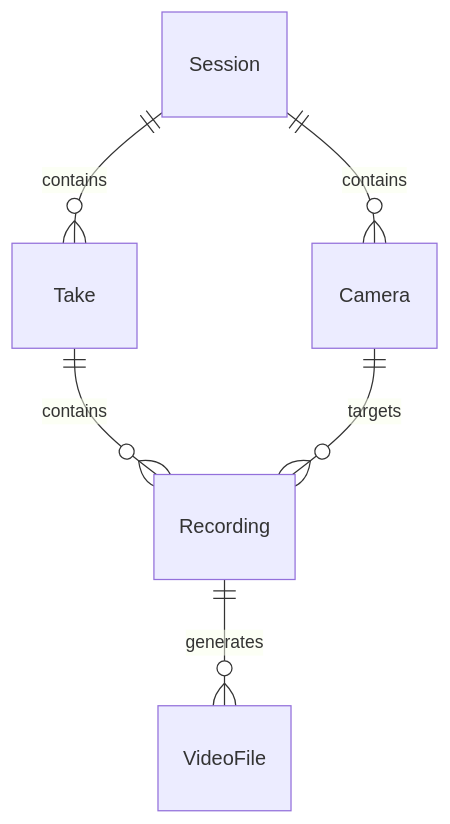
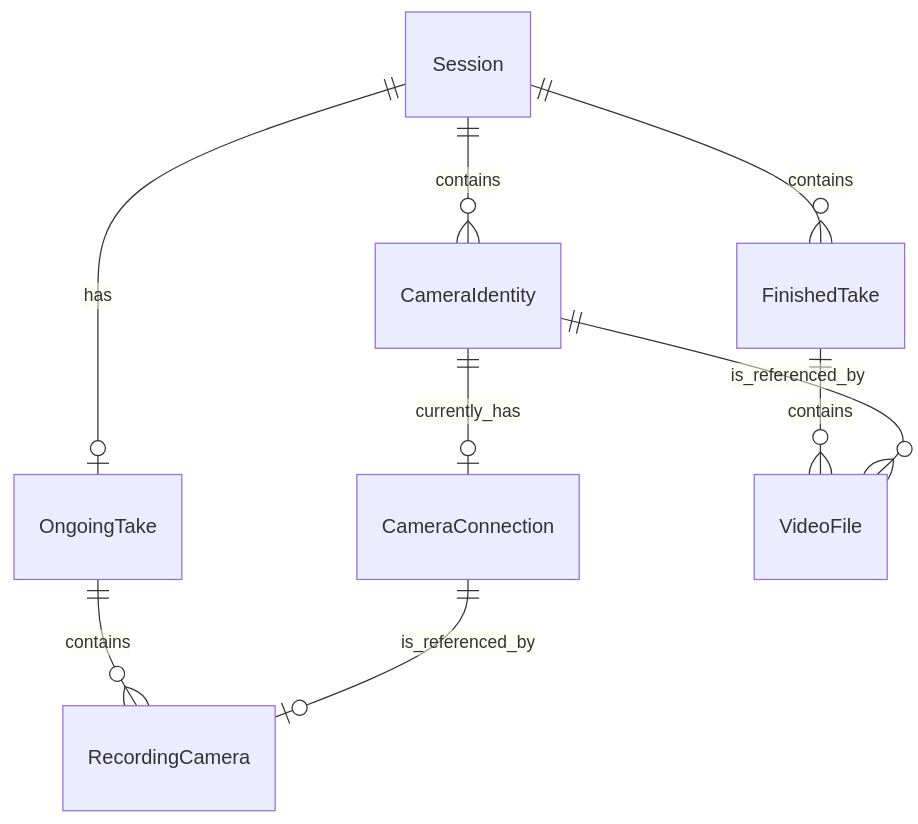
Before and after one commit to traP-jp/kinugasa-recording: the first of 3 diagrams in docs/requirements-v2/14-specified-requirements/05-logical-database-requirements/logical-database-requirements.md, drawn with Mermaid. The commit also changed other lines of this file, not shown here.

````diff
--- a/docs/requirements-v2/14-specified-requirements/05-logical-database-requirements/logical-database-requirements.md
+++ b/docs/requirements-v2/14-specified-requirements/05-logical-database-requirements/logical-database-requirements.md
@@ -15,8 +88,11 @@
 ```mermaid
 erDiagram
-    Session ||--o{ Camera : contains
-    Session ||--o{ Take : contains
-    Take ||--o{ Recording : contains
-    Camera ||--o{ Recording : targets
-    Recording ||--o{ VideoFile : generates
+    Session ||--o{ CameraIdentity : contains
+    CameraIdentity ||--o| CameraConnection : currently_has
+    Session ||--o| OngoingTake : has
+    Session ||--o{ FinishedTake : contains
+    OngoingTake ||--o{ RecordingCamera : contains
+    CameraConnection ||--o| RecordingCamera : is_referenced_by
+    FinishedTake ||--o{ VideoFile : contains
+    CameraIdentity ||--o{ VideoFile : is_referenced_by
 ```
````
